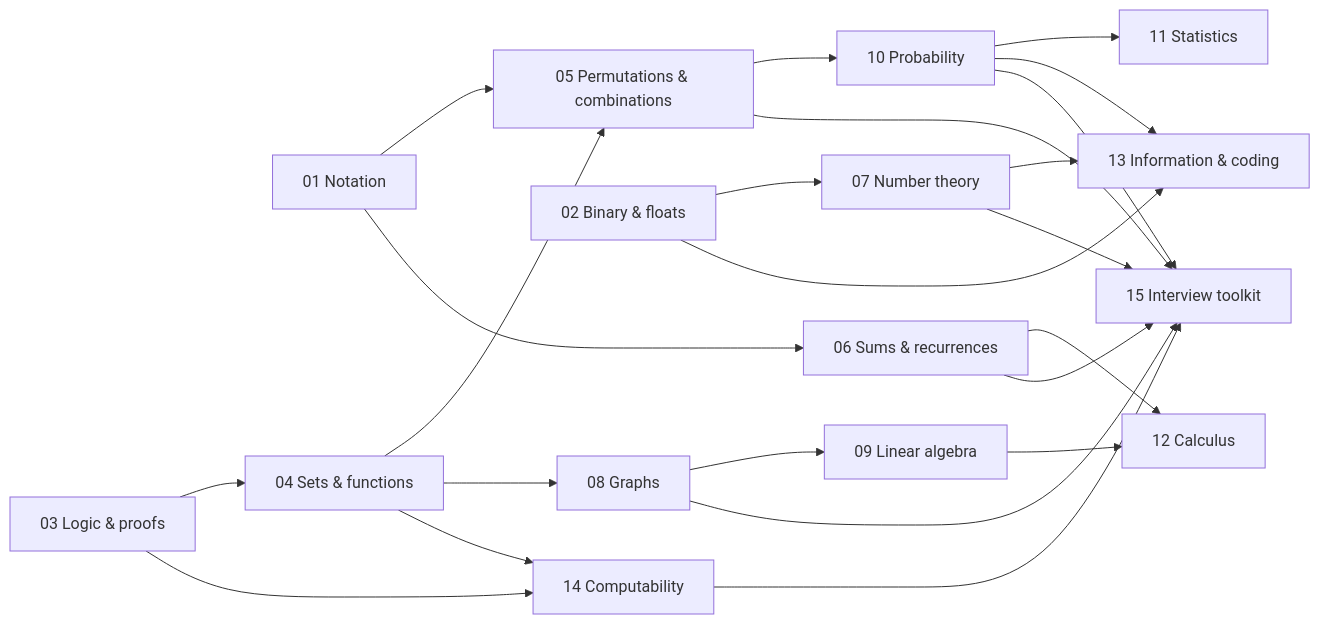
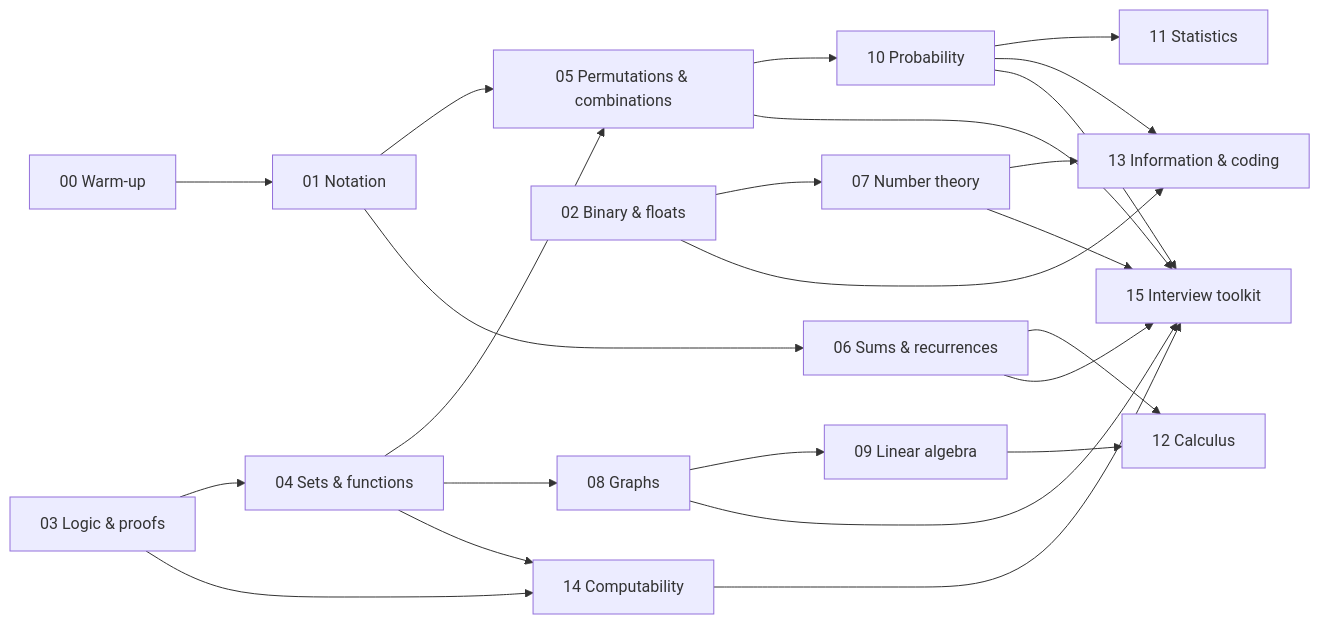
Before and after one commit to AkiebNazir/engineering-guide: the diagram in content/interview-core/Maths/README.md, drawn with Mermaid. The commit also changed other lines of this file and 2 other files, not shown here.

First line of the commit message:
Maths: new 00 warm-up chapter; README explains the step-by-step notebook format

````diff
--- a/content/interview-core/Maths/README.md
+++ b/content/interview-core/Maths/README.md
@@ -107,21 +118,22 @@
 ```mermaid
 %% caption: How the chapters depend on each other. Arrows point from a chapter to the ones that build on it; any chapter's Foundations section still stands on its own.
 flowchart LR
-  C01["01 Notation"] --> C05["05 Permutations & combinations"]
+  C00["00 Warm-up"] --> C01["01 Notation"]
+  C01 --> C05["05 Permutations & combinations"]
   C01 --> C06["06 Sums & recurrences"]
   C02["02 Binary & floats"] --> C07["07 Number theory"]
   C02 --> C13["13 Information & coding"]
   C03["03 Logic & proofs"] --> C04["04 Sets & functions"]
   C03 --> C14["14 Computability"]
   C04 --> C05
   C04 --> C08["08 Graphs"]
   C04 --> C14
   C05 --> C10["10 Probability"]
   C06 --> C12["12 Calculus"]
   C07 --> C13
   C08 --> C09["09 Linear algebra"]
   C09 --> C12
   C10 --> C11["11 Statistics"]
   C10 --> C13
   C05 & C06 & C07 & C08 & C10 & C14 --> C15["15 Interview toolkit"]
 ```
````
